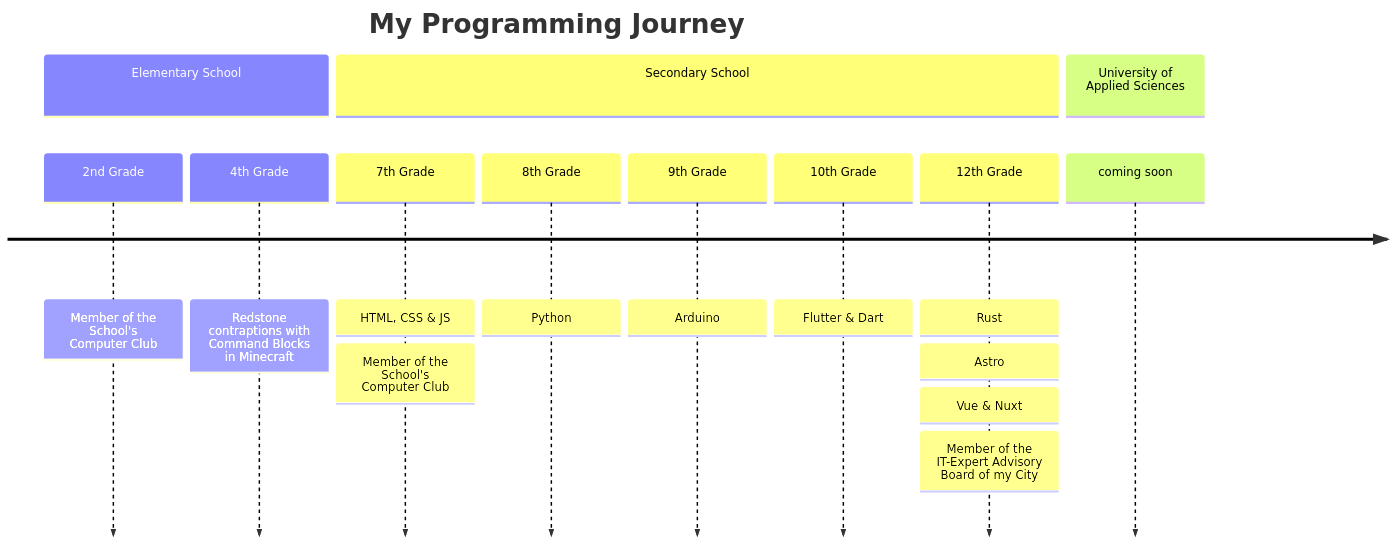
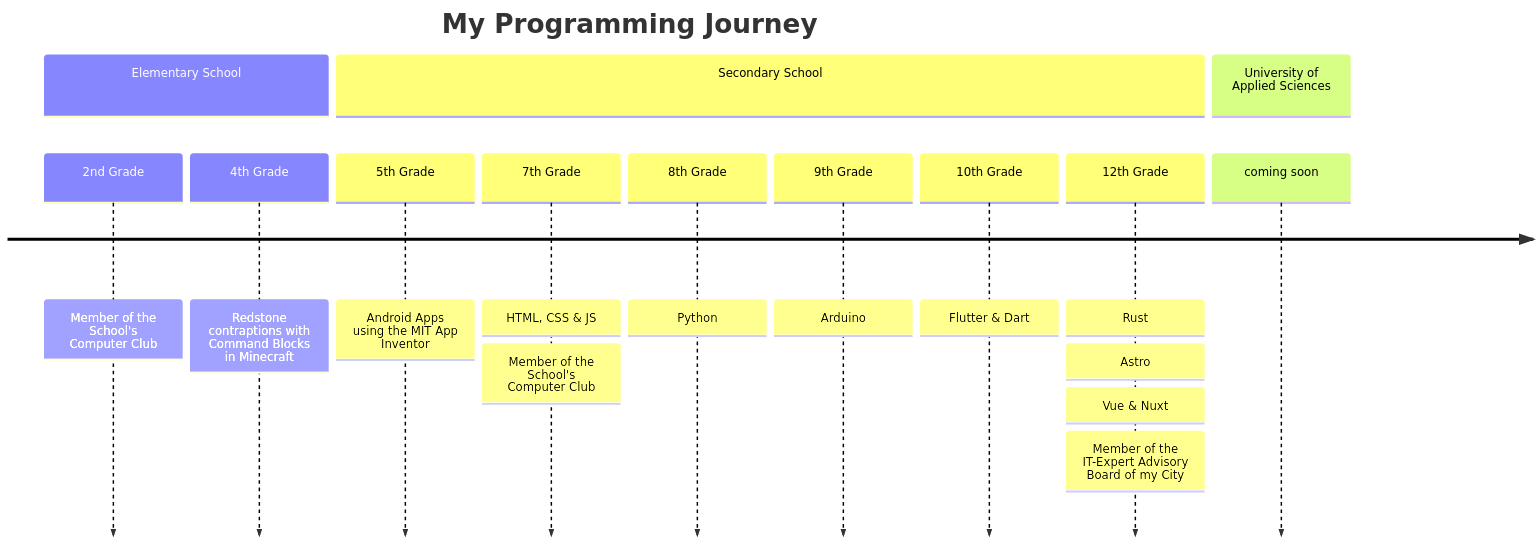
Before and after one commit to AstragoDE/AstragoDE: the diagram in README.md, drawn with Mermaid.

````diff
--- a/README.md
+++ b/README.md
@@ -46,22 +46,23 @@
 ```mermaid
 timeline
     title My Programming Journey
 
     section Elementary School
         2nd Grade   : Member of the School's Computer Club
         4th Grade   : Redstone contraptions with Command Blocks in Minecraft
 
     section Secondary School
+        5th Grade   : Android Apps using the MIT App Inventor
         7th Grade   : HTML, CSS & JS
                     : Member of the School's Computer Club
         8th Grade   : Python
         9th Grade   : Arduino
         10th Grade  : Flutter & Dart
         12th Grade  : Rust
                     : Astro
                     : Vue & Nuxt
                     : Member of the IT-Expert Advisory Board of my City
 
     section University of Applied Sciences
         coming soon
 ```
````
